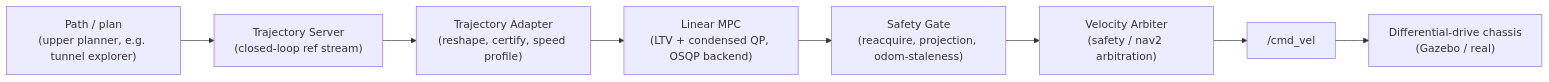
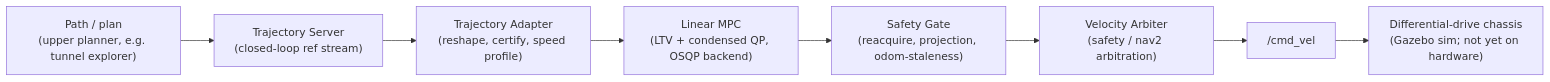
The diagram in README.md (yeezhouyi/linear_mpc_controller), drawn with Mermaid before and after one commit. The commit also changed other lines of this file, not shown here.

````diff
--- a/README.md
+++ b/README.md
@@ -20,13 +24,13 @@
 ```mermaid
 flowchart LR
     Plan["Path / plan<br/>(upper planner, e.g. tunnel explorer)"]
     TS["Trajectory Server<br/>(closed-loop ref stream)"]
     TA["Trajectory Adapter<br/>(reshape, certify, speed profile)"]
     MPC["Linear MPC<br/>(LTV + condensed QP, OSQP backend)"]
     Gate["Safety Gate<br/>(reacquire, projection, odom-staleness)"]
     VA["Velocity Arbiter<br/>(safety / nav2 arbitration)"]
     Cmd["/cmd_vel"]
-    Robot["Differential-drive chassis<br/>(Gazebo / real)"]
+    Robot["Differential-drive chassis<br/>(Gazebo sim; not yet on hardware)"]
 
     Plan --> TS --> TA --> MPC --> Gate --> VA --> Cmd --> Robot
 ```
````
